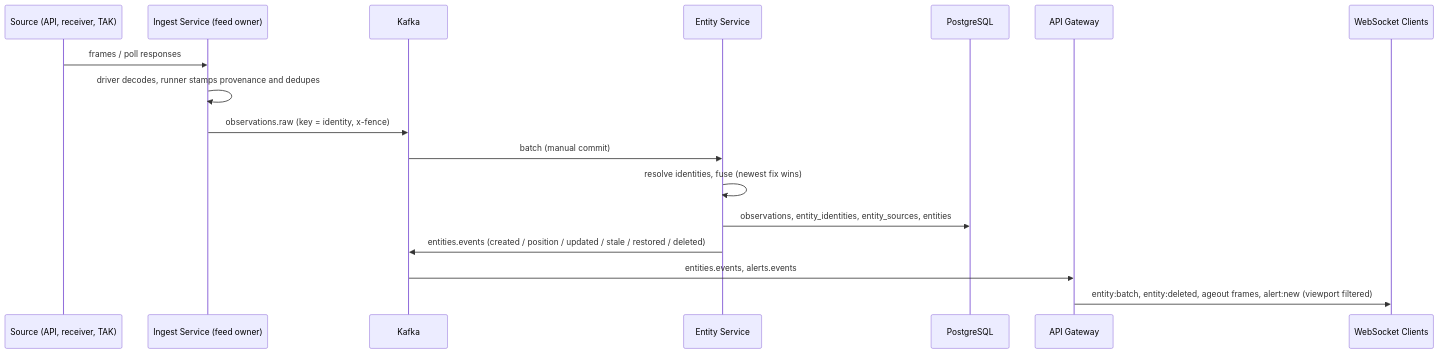
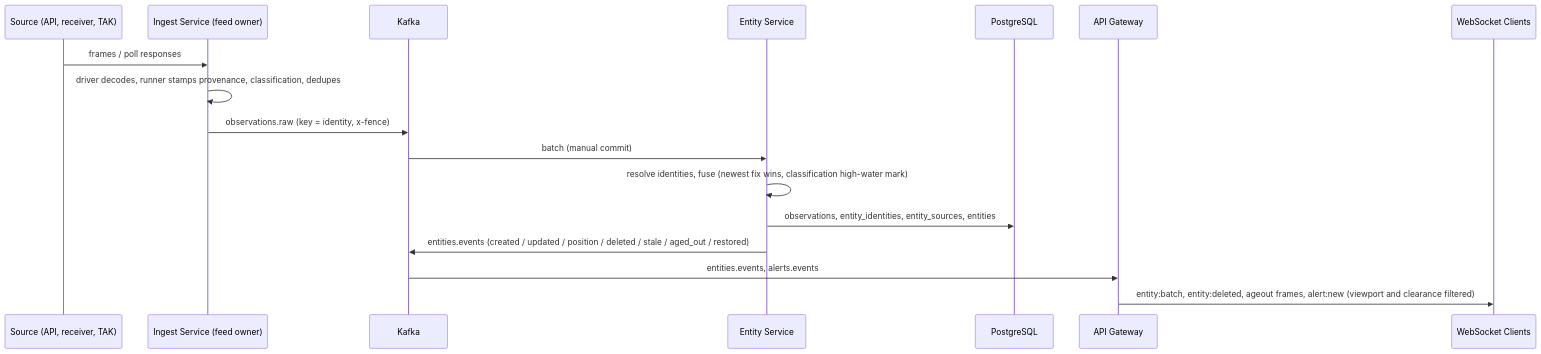
One commit to msbolton/sentinel changed the second of 3 diagrams in docs/architecture.md. Above: the diagram before and after it, drawn with Mermaid. The commit also changed other lines of this file and 4 other files, not shown here.

First line of the commit message:
docs: detailed architecture page with the repository layout; drop the unpullable dev TAK Server

````diff
--- a/docs/architecture.md
+++ b/docs/architecture.md
@@ -69,20 +110,20 @@
 ```mermaid
 sequenceDiagram
     participant SRC as Source (API, receiver, TAK)
     participant IS as Ingest Service (feed owner)
     participant KF as Kafka
     participant ES as Entity Service
     participant PG as PostgreSQL
     participant GW as API Gateway
     participant WS as WebSocket Clients
 
     SRC->>IS: frames / poll responses
-    IS->>IS: driver decodes, runner stamps provenance and dedupes
+    IS->>IS: driver decodes, runner stamps provenance, classification, dedupes
     IS->>KF: observations.raw (key = identity, x-fence)
     KF->>ES: batch (manual commit)
-    ES->>ES: resolve identities, fuse (newest fix wins)
+    ES->>ES: resolve identities, fuse (newest fix wins, classification high-water mark)
     ES->>PG: observations, entity_identities, entity_sources, entities
-    ES->>KF: entities.events (created / position / updated / stale / restored / deleted)
+    ES->>KF: entities.events (created / updated / position / deleted / stale / aged_out / restored)
     KF->>GW: entities.events, alerts.events
-    GW->>WS: entity:batch, entity:deleted, ageout frames, alert:new (viewport filtered)
+    GW->>WS: entity:batch, entity:deleted, ageout frames, alert:new (viewport and clearance filtered)
 ```
````
